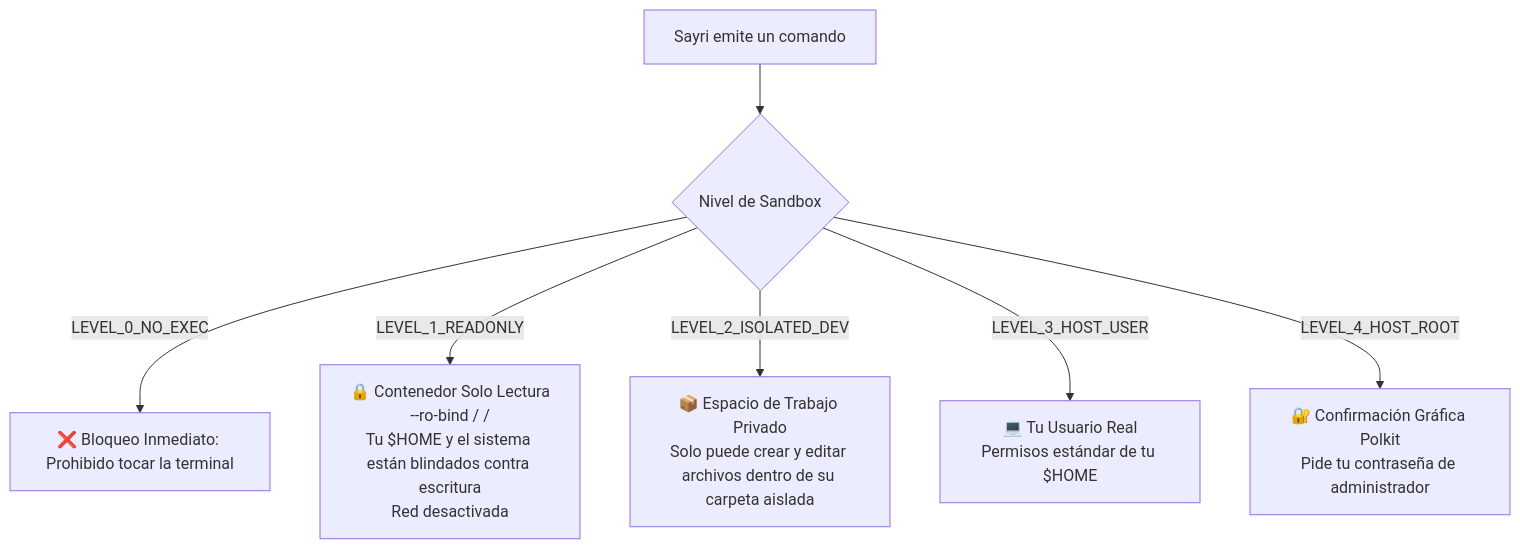
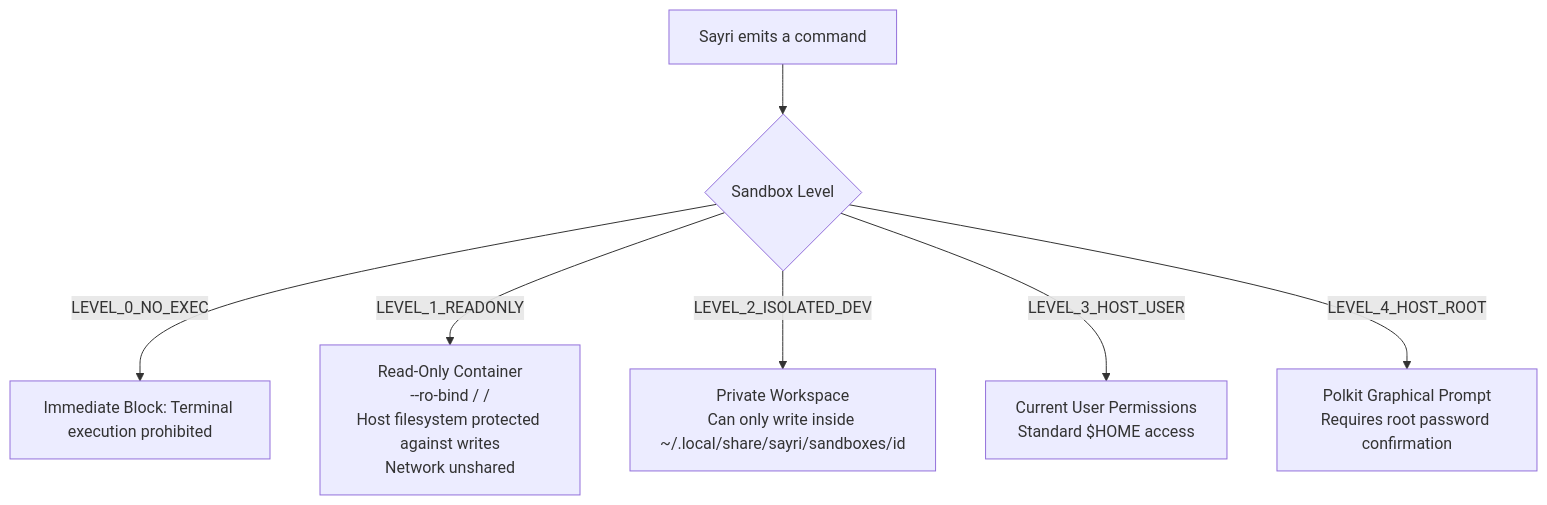
Before and after one commit to Inled-Pulsar-OS/os.inled.es: the second of 2 diagrams in src/data/help/architecture/sayri.md, drawn with Mermaid. The commit also changed other lines of this file and 1 other file, not shown here.

Commit message:
docs: full professional English translation of Sayri, Skills, Gateways, and Architecture guides

````diff
--- a/src/data/help/architecture/sayri.md
+++ b/src/data/help/architecture/sayri.md
@@ -52,14 +53,14 @@
 ```mermaid
 flowchart TD
-    Prompt[Sayri emite un comando] --> Check{Nivel de Sandbox}
+    Prompt[Sayri emits a command] --> Check{Sandbox Level}
     
-    Check -->|LEVEL_0_NO_EXEC| Block[❌ Bloqueo Inmediato: Prohibido tocar la terminal]
+    Check -->|LEVEL_0_NO_EXEC| Block[Immediate Block: Terminal execution prohibited]
     
-    Check -->|LEVEL_1_READONLY| RO[🔒 Contenedor Solo Lectura<br/>--ro-bind / /<br/>Tu $HOME y el sistema están blindados contra escritura<br/>Red desactivada]
+    Check -->|LEVEL_1_READONLY| RO[Read-Only Container<br/>--ro-bind / /<br/>Host filesystem protected against writes<br/>Network unshared]
     
-    Check -->|LEVEL_2_ISOLATED_DEV| Dev[📦 Espacio de Trabajo Privado<br/>Solo puede crear y editar archivos dentro de su carpeta aislada]
+    Check -->|LEVEL_2_ISOLATED_DEV| Dev[Private Workspace<br/>Can only write inside ~/.local/share/sayri/sandboxes/id]
     
-    Check -->|LEVEL_3_HOST_USER| Host[💻 Tu Usuario Real<br/>Permisos estándar de tu $HOME]
+    Check -->|LEVEL_3_HOST_USER| Host[Current User Permissions<br/>Standard $HOME access]
     
-    Check -->|LEVEL_4_HOST_ROOT| Root[🔐 Confirmación Gráfica Polkit<br/>Pide tu contraseña de administrador]
+    Check -->|LEVEL_4_HOST_ROOT| Root[Polkit Graphical Prompt<br/>Requires root password confirmation]
 ```
````
